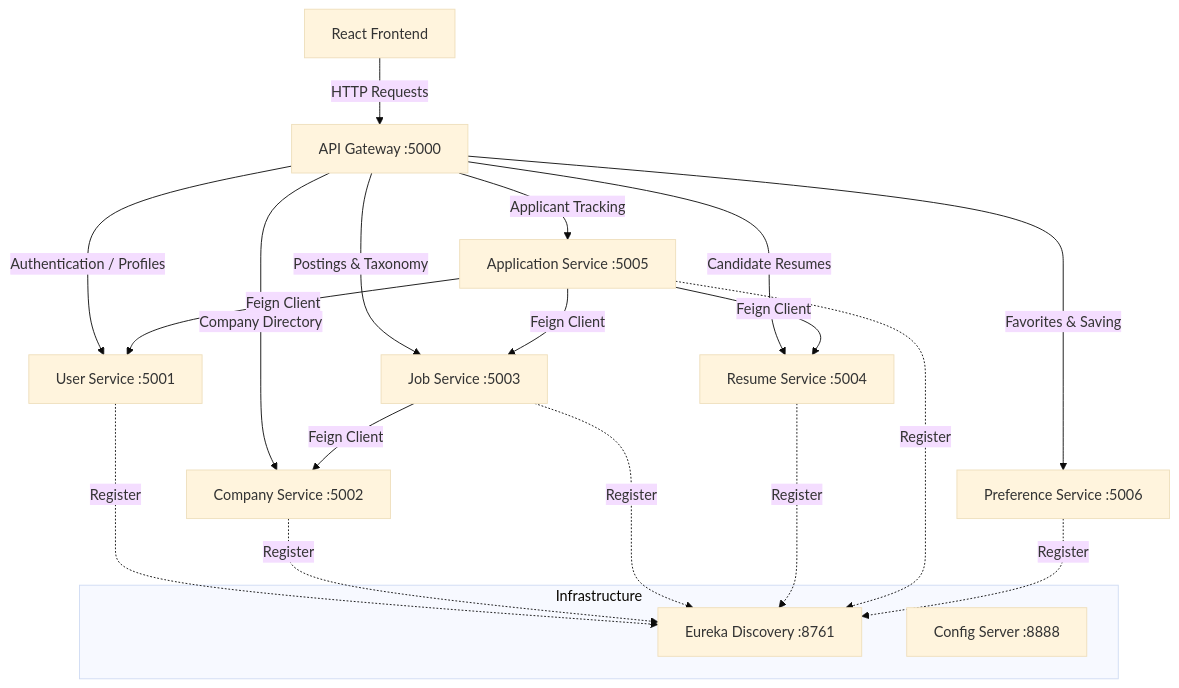
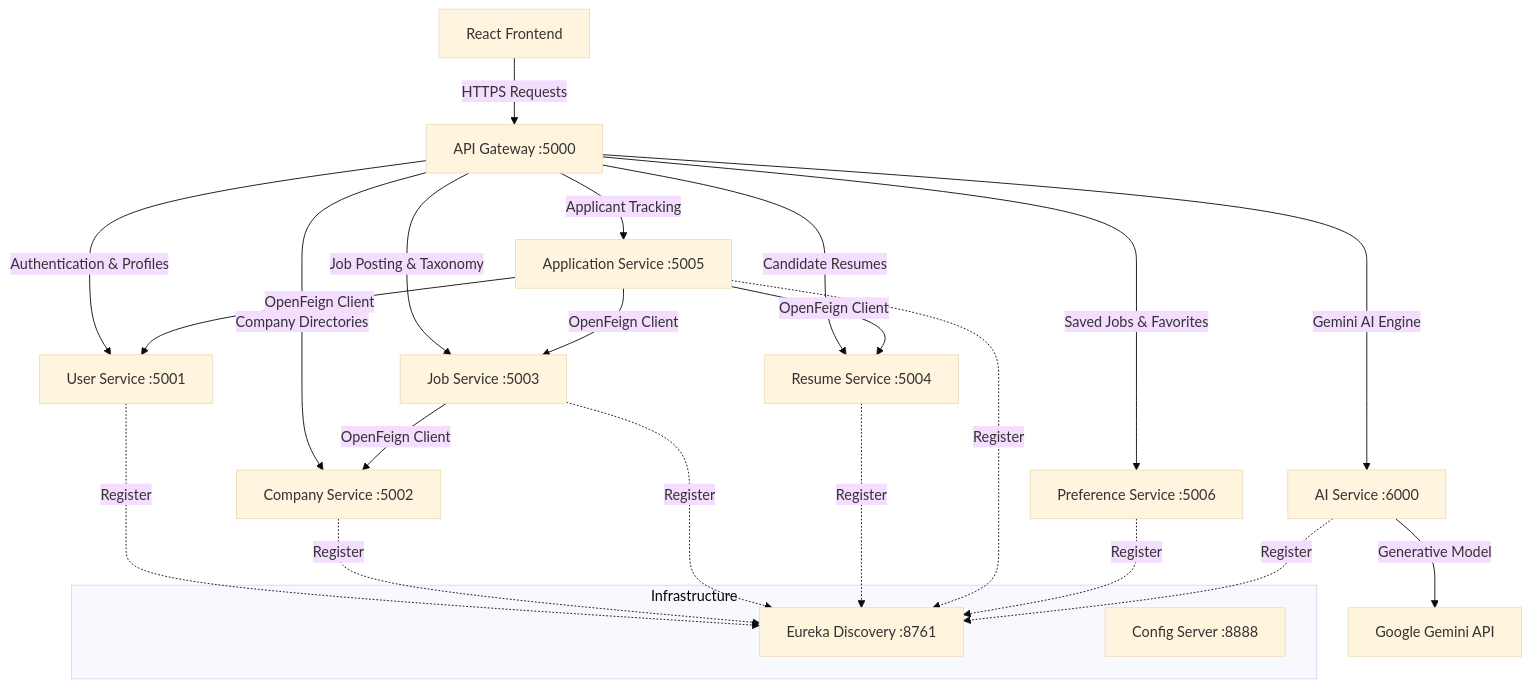
One commit to vikas-prajapatii/job-portal changed the first of 2 diagrams in README.md. Above: the diagram before and after it, drawn with Mermaid (base theme). The commit also changed other lines of this file and 1 other file, not shown here.

Commit message:
docs: update README with AI microservice details and diagrams

````diff
--- a/README.md
+++ b/README.md
@@ -11,28 +11,31 @@
 ```mermaid
 graph TD
-    Client[React Frontend] -->|HTTP Requests| Gateway[API Gateway :5000]
+    Client[React Frontend] -->|HTTPS Requests| Gateway[API Gateway :5000]
     
     subgraph Infrastructure
         Registry[Eureka Discovery :8761]
         Config[Config Server :8888]
     end
 
-    Gateway -->|Authentication / Profiles| UserService[User Service :5001]
-    Gateway -->|Company Directory| CompanyService[Company Service :5002]
-    Gateway -->|Postings & Taxonomy| JobService[Job Service :5003]
+    Gateway -->|Authentication & Profiles| UserService[User Service :5001]
+    Gateway -->|Company Directories| CompanyService[Company Service :5002]
+    Gateway -->|Job Posting & Taxonomy| JobService[Job Service :5003]
     Gateway -->|Candidate Resumes| ResumeService[Resume Service :5004]
     Gateway -->|Applicant Tracking| AppService[Application Service :5005]
-    Gateway -->|Favorites & Saving| PrefService[Preference Service :5006]
+    Gateway -->|Saved Jobs & Favorites| PrefService[Preference Service :5006]
+    Gateway -->|Gemini AI Engine| AiService[AI Service :6000]
 
     UserService -.->|Register| Registry
     CompanyService -.->|Register| Registry
     JobService -.->|Register| Registry
     ResumeService -.->|Register| Registry
     AppService -.->|Register| Registry
     PrefService -.->|Register| Registry
+    AiService -.->|Register| Registry
 
-    JobService -->|Feign Client| CompanyService
-    AppService -->|Feign Client| JobService
-    AppService -->|Feign Client| ResumeService
-    AppService -->|Feign Client| UserService
+    JobService -->|OpenFeign Client| CompanyService
+    AppService -->|OpenFeign Client| JobService
+    AppService -->|OpenFeign Client| ResumeService
+    AppService -->|OpenFeign Client| UserService
+    AiService -->|Generative Model| Gemini[Google Gemini API]
 ```
````
